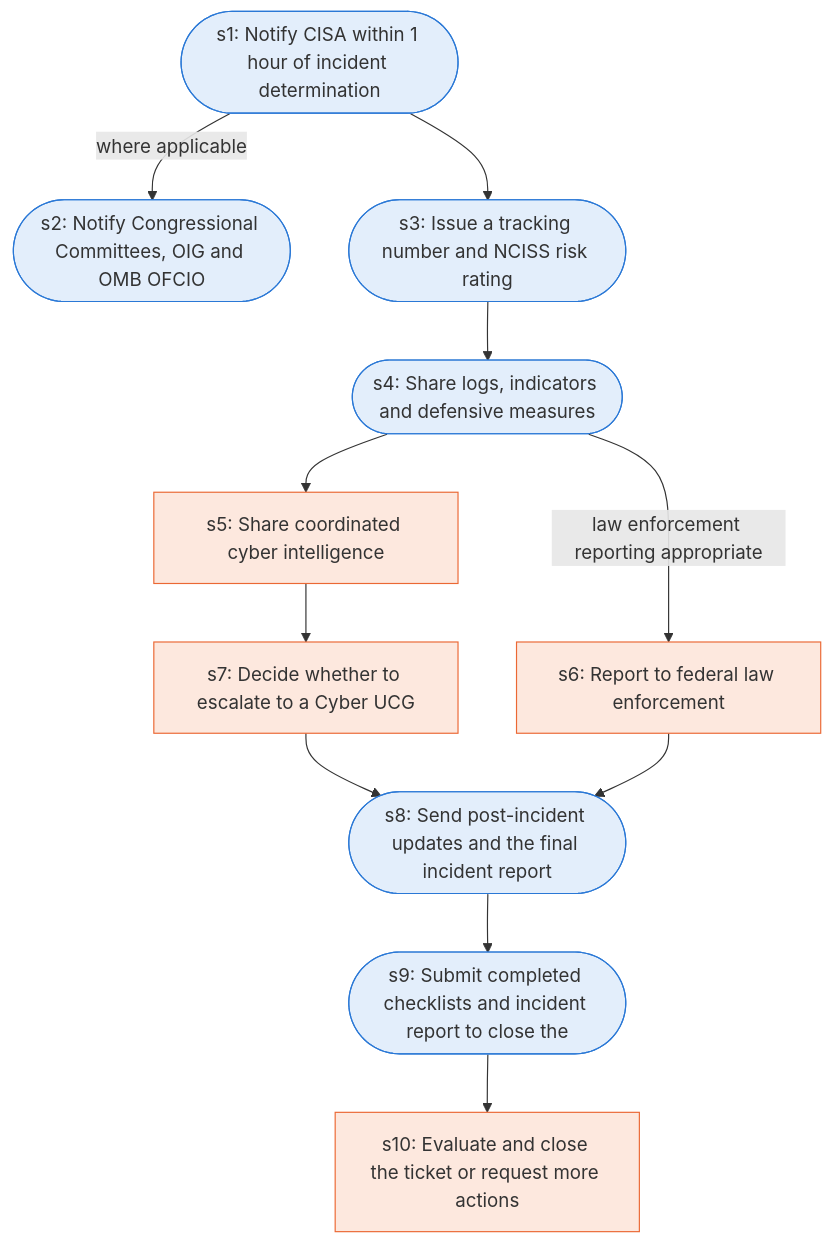
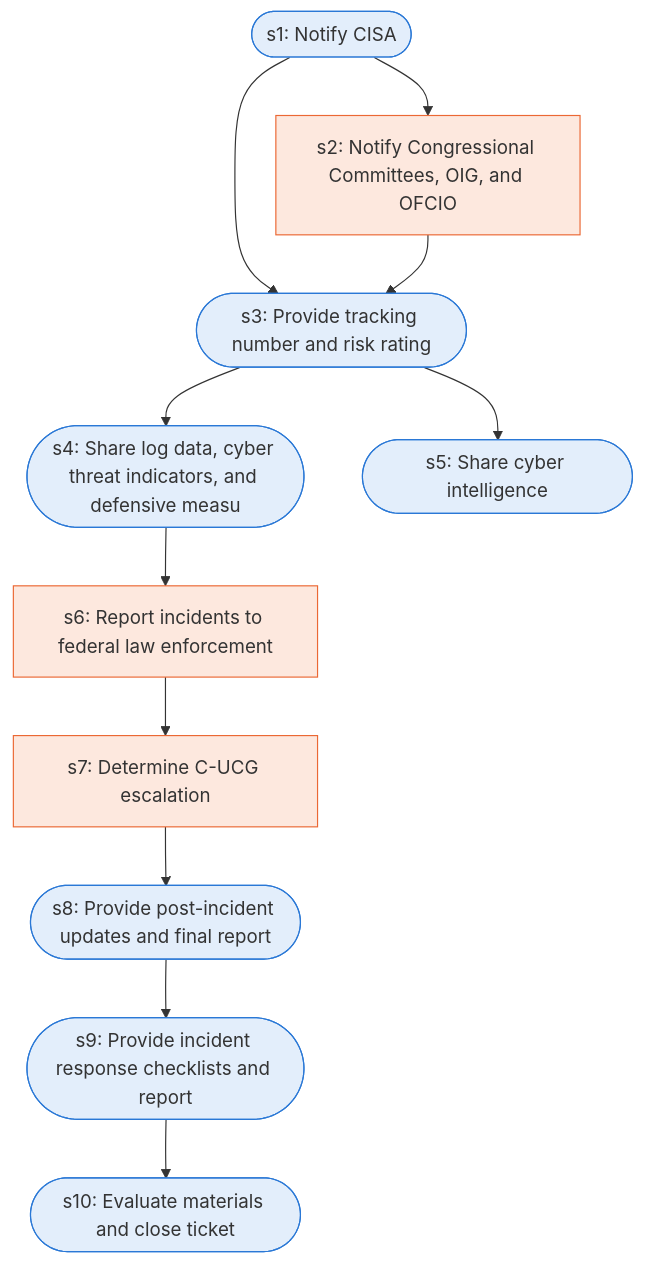
One commit to Jitesh-Mishra/sop-to-agent-workflows changed the diagram in docs/runbooks/inc_cisa_incident_coordination.md. Above: the diagram before and after it, drawn with Mermaid. The commit also changed other lines of this file and 172 other files, not shown here.

````diff
--- a/docs/runbooks/inc_cisa_incident_coordination.md
+++ b/docs/runbooks/inc_cisa_incident_coordination.md
@@ -7,27 +7,27 @@
 ```mermaid
 flowchart TD
-  s1(["s1: Notify CISA within 1 hour of incident determination"])
-  s2(["s2: Notify Congressional Committees, OIG and OMB OFCIO"])
-  s3(["s3: Issue a tracking number and NCISS risk rating"])
-  s4(["s4: Share logs, indicators and defensive measures"])
-  s5["s5: Share coordinated cyber intelligence"]
-  s6["s6: Report to federal law enforcement"]
-  s7["s7: Decide whether to escalate to a Cyber UCG"]
-  s8(["s8: Send post-incident updates and the final incident report"])
-  s9(["s9: Submit completed checklists and incident report to close the"])
-  s10["s10: Evaluate and close the ticket or request more actions"]
-  s1 -->|where applicable| s2
+  s1(["s1: Notify CISA"])
+  s2["s2: Notify Congressional Committees, OIG, and OFCIO"]
+  s3(["s3: Provide tracking number and risk rating"])
+  s4(["s4: Share log data, cyber threat indicators, and defensive measu"])
+  s5(["s5: Share cyber intelligence"])
+  s6["s6: Report incidents to federal law enforcement"]
+  s7["s7: Determine C-UCG escalation"]
+  s8(["s8: Provide post-incident updates and final report"])
+  s9(["s9: Provide incident response checklists and report"])
+  s10(["s10: Evaluate materials and close ticket"])
   s1 --> s3
+  s1 --> s2
+  s2 --> s3
   s3 --> s4
-  s4 --> s5
-  s4 -->|law enforcement reporting appropriate| s6
-  s5 --> s7
+  s3 --> s5
+  s4 --> s6
+  s6 --> s7
   s7 --> s8
-  s6 --> s8
   s8 --> s9
   s9 --> s10
   classDef agent fill:#e3eefb,stroke:#2a78d6
   classDef human fill:#fde8de,stroke:#eb6834
-  class s1,s2,s3,s4,s8,s9 agent
-  class s5,s6,s7,s10 human
+  class s1,s3,s4,s5,s8,s9,s10 agent
+  class s2,s6,s7 human
 ```
````
